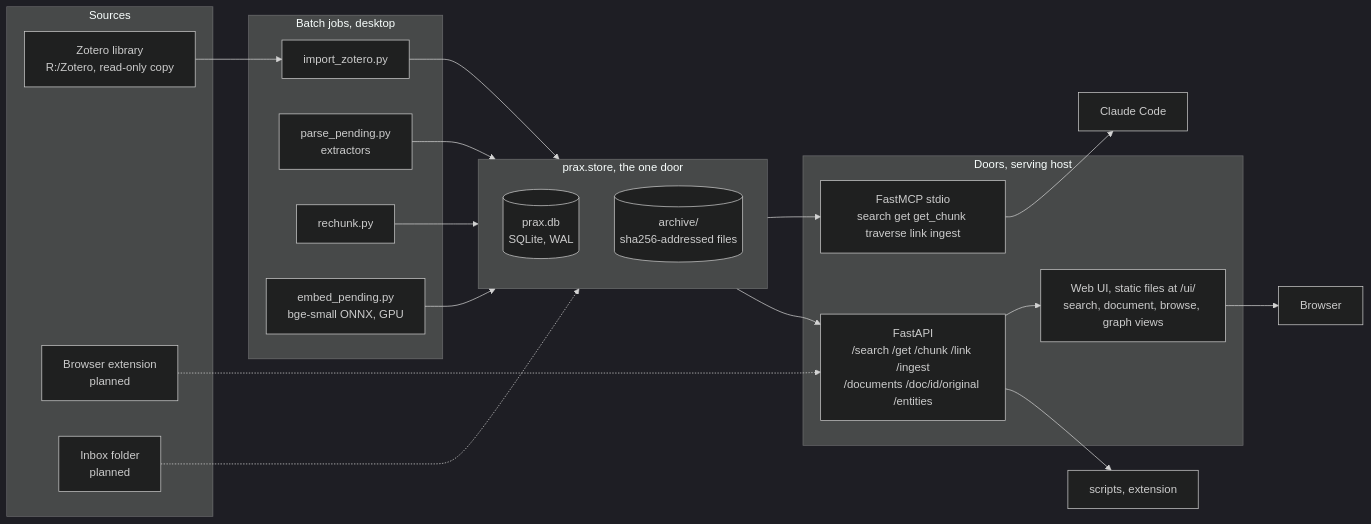
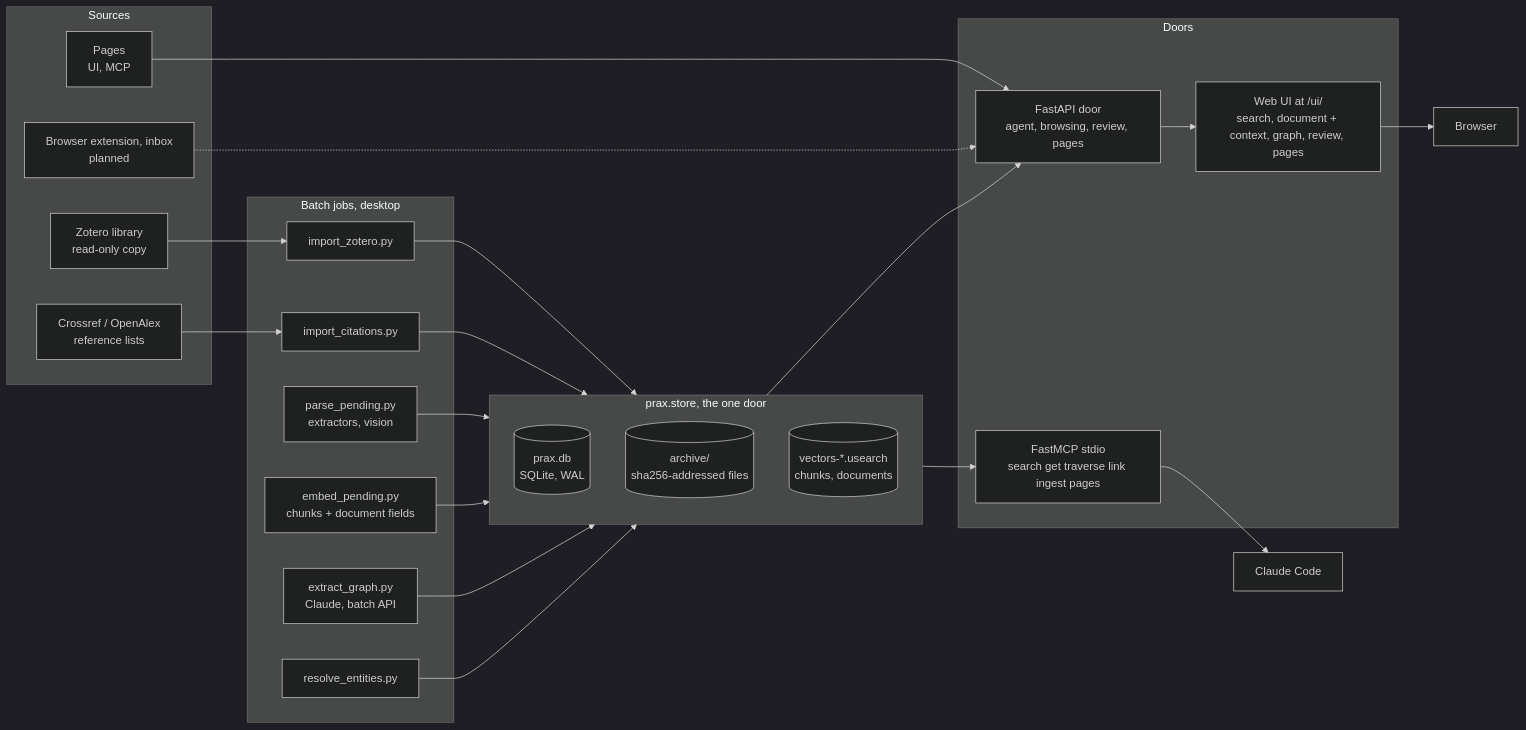
Before and after one commit to lodsb/prax: the first of 3 diagrams in docs/architecture.md, drawn with Mermaid (dark theme). The commit also changed other lines of this file and 3 other files, not shown here.

First line of the commit message:
docs: architecture and README rewritten for the system as built through Stage 3

````diff
--- a/docs/architecture.md
+++ b/docs/architecture.md
@@ -20,34 +24,38 @@
 ```mermaid
 flowchart LR
   subgraph sources [Sources]
-    Z[Zotero library<br/>R:/Zotero, read-only copy]
-    B[Browser extension<br/>planned]
-    I[Inbox folder<br/>planned]
+    Z[Zotero library<br/>read-only copy]
+    CR[Crossref / OpenAlex<br/>reference lists]
+    W[Pages<br/>UI, MCP]
+    B[Browser extension, inbox<br/>planned]
   end
   subgraph batch [Batch jobs, desktop]
     IMP[import_zotero.py]
-    PQ[parse_pending.py<br/>extractors]
-    RC[rechunk.py]
-    EMB[embed_pending.py<br/>bge-small ONNX, GPU]
+    PQ[parse_pending.py<br/>extractors, vision]
+    EMB[embed_pending.py<br/>chunks + document fields]
+    EXT[extract_graph.py<br/>Claude, batch API]
+    CIT[import_citations.py]
+    RES[resolve_entities.py]
   end
   subgraph store [prax.store, the one door]
     DB[(prax.db<br/>SQLite, WAL)]
     AR[(archive/<br/>sha256-addressed files)]
+    VX[(vectors-*.usearch<br/>chunks, documents)]
   end
-  subgraph doors [Doors, serving host]
-    API[FastAPI<br/>/search /get /chunk /link /ingest<br/>/documents /doc/id/original /entities]
-    MCP[FastMCP stdio<br/>search get get_chunk traverse link ingest]
-    UI[Web UI, static files at /ui/<br/>search, document, browse, graph views]
+  subgraph doors [Doors]
+    API[FastAPI door<br/>agent, browsing, review, pages]
+    MCP[FastMCP stdio<br/>search get traverse link ingest pages]
+    UI[Web UI at /ui/<br/>search, document + context, graph, review, pages]
   end
   Z --> IMP --> store
+  CR --> CIT --> store
+  W --> API
   B -.-> API
-  I -.-> store
   PQ --> store
-  RC --> store
   EMB --> store
+  EXT --> store
+  RES --> store
   store --> API
-  store --> MCP
-  MCP --> C[Claude Code]
-  API --> U[scripts, extension]
+  store --> MCP --> C[Claude Code]
   API --> UI --> Browser
 ```
````
